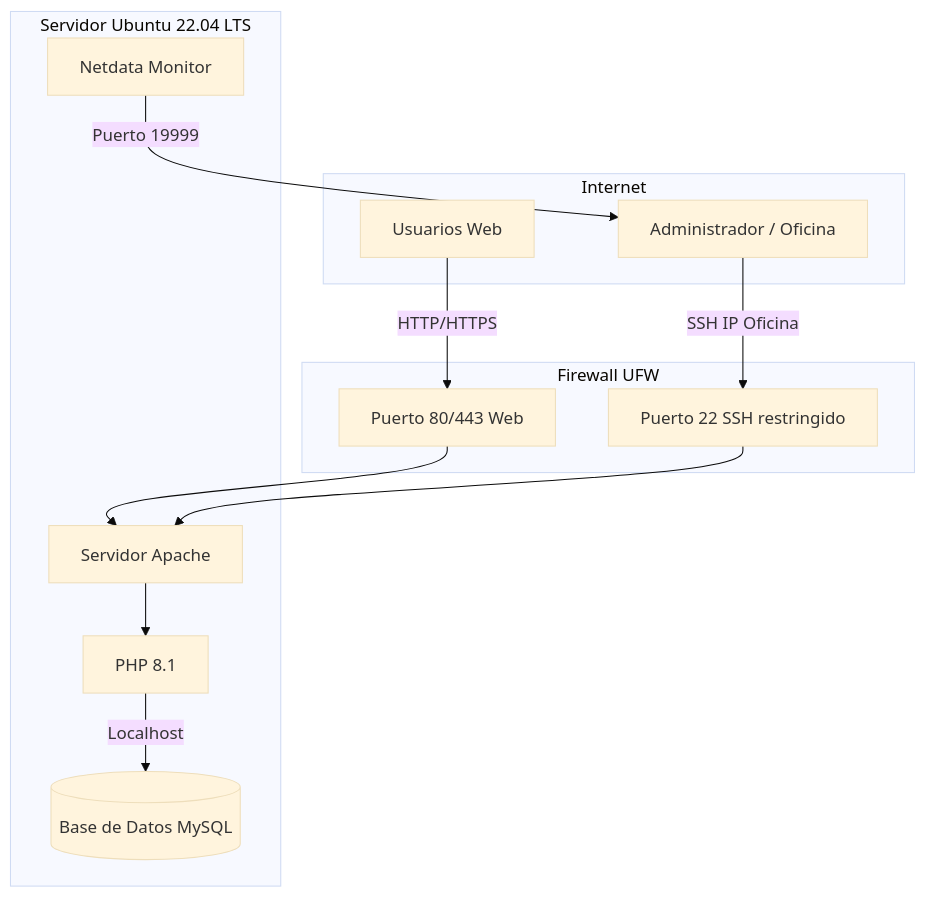
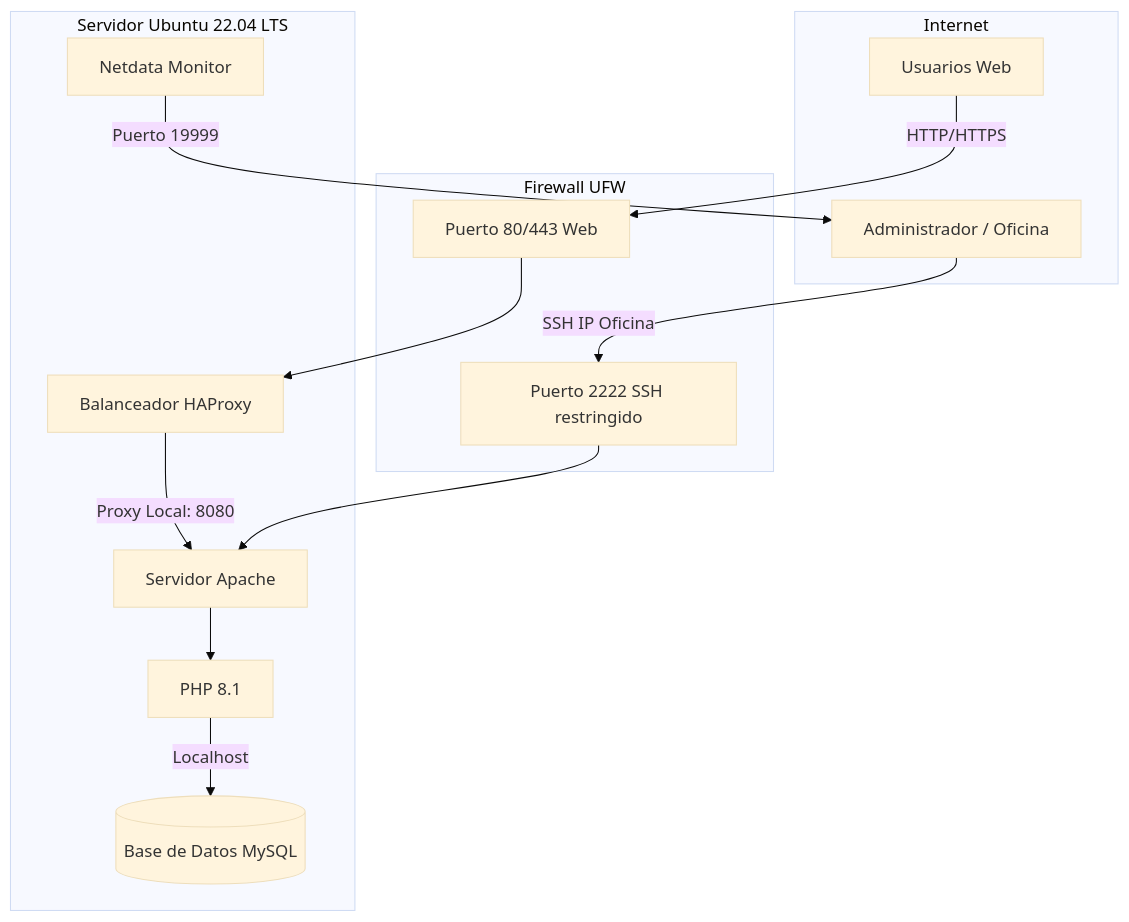
One commit to vjp-ikerCQ/proyecto-documentacion2 changed the diagram in docs/02-diseno.md. Above: the diagram before and after it, drawn with Mermaid (base theme). The commit also changed other lines of this file and 1 other file, not shown here.

Commit message:
feat(balanceador): actualizar diagrama de red e incorporar gantt de planificacion

````diff
--- a/docs/02-diseno.md
+++ b/docs/02-diseno.md
@@ -9,27 +9,29 @@
 ```mermaid
 graph TD
     subgraph Internet
         User[Usuarios Web]
         Admin[Administrador / Oficina]
     end
 
     subgraph Firewall UFW
         PortHTTP[Puerto 80/443 Web]
-        PortSSH[Puerto 22 SSH restringido]
+        PortSSH[Puerto 2222 SSH restringido]
     end
 
     subgraph Servidor Ubuntu 22.04 LTS
+        HAProxy[Balanceador HAProxy]
         Apache[Servidor Apache]
         PHP[PHP 8.1]
         MySQL[(Base de Datos MySQL)]
         Netdata[Netdata Monitor]
     end
 
     User -->|HTTP/HTTPS| PortHTTP
     Admin -->|SSH IP Oficina| PortSSH
-    PortHTTP --> Apache
+    PortHTTP --> HAProxy
+    HAProxy -->|Proxy Local: 8080| Apache
     PortSSH --> Apache
     Apache --> PHP
     PHP -->|Localhost| MySQL
     Netdata -->|Puerto 19999| Admin
 ```
````
